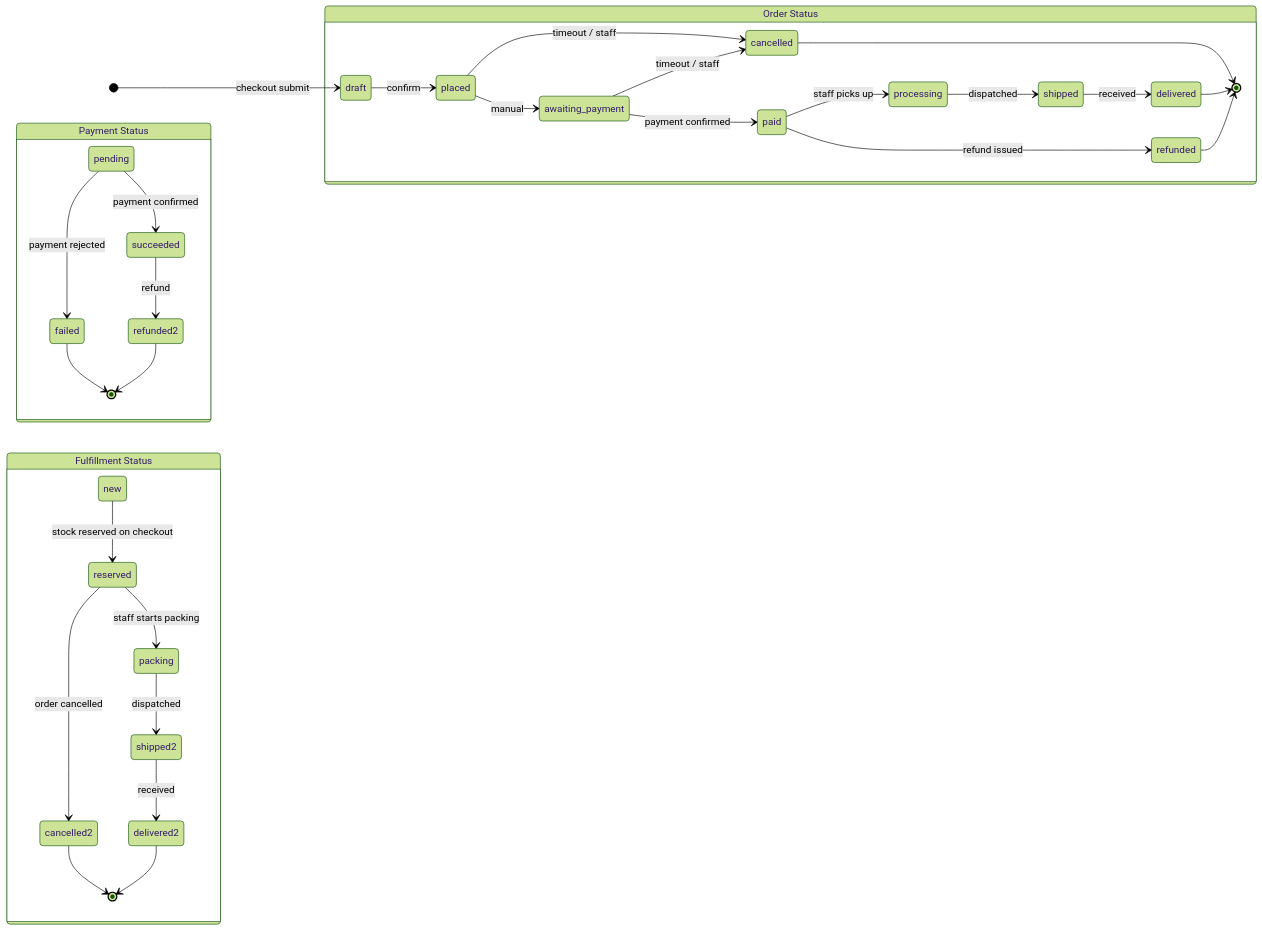
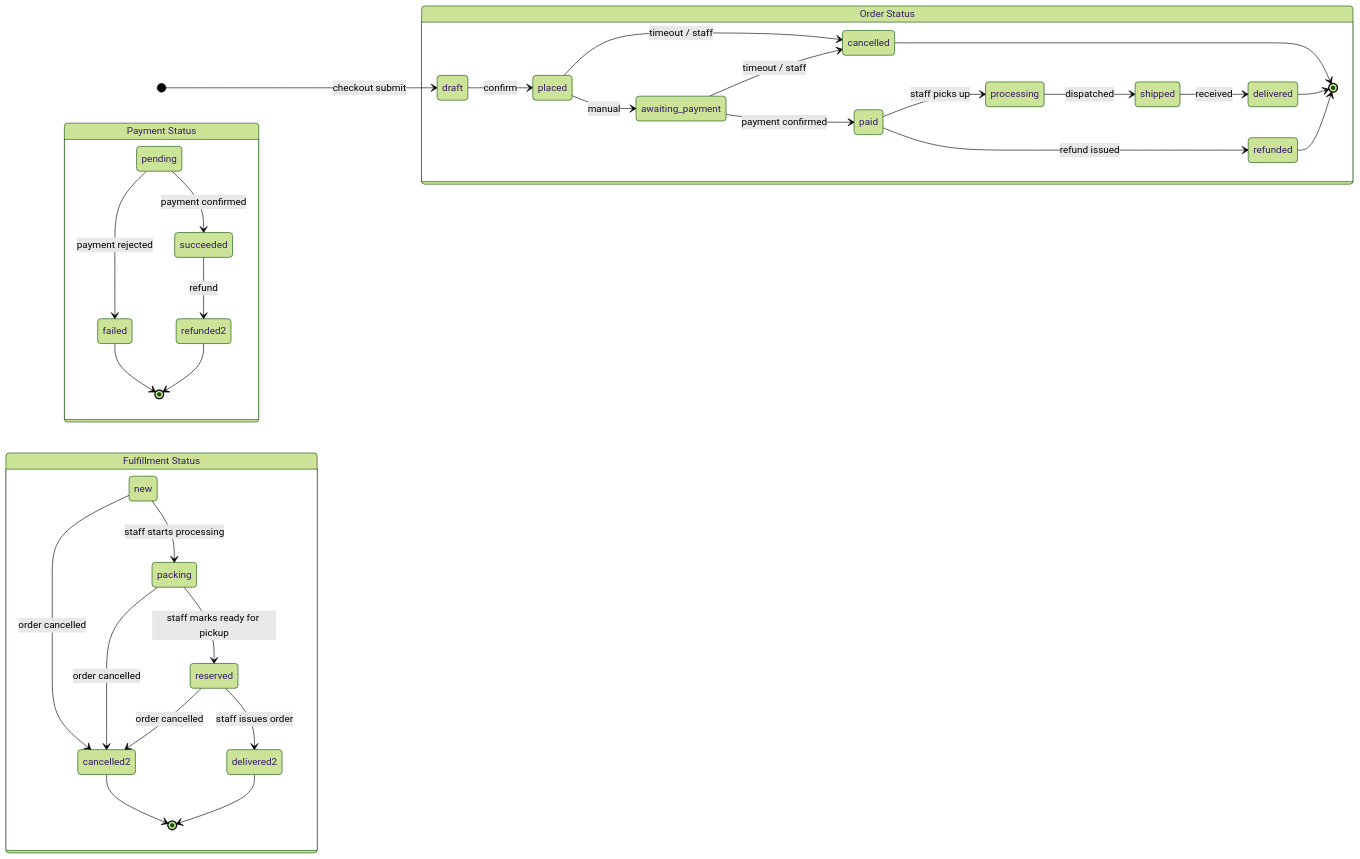
One commit to ViktorShadr/matchday_store changed the third of 5 diagrams in README.md. Above: the diagram before and after it, drawn with Mermaid (forest theme).

Commit message:
fix: correct fulfillment state diagram — RESERVED is set by staff ready action, not checkout

````diff
--- a/README.md
+++ b/README.md
@@ -217,39 +217,40 @@
 ```mermaid
 stateDiagram-v2
     direction LR
 
     [*] --> draft : checkout submit
 
     state "Order Status" as OS {
         draft --> placed : confirm
         placed --> awaiting_payment : manual
         awaiting_payment --> paid : payment confirmed
         paid --> processing : staff picks up
         processing --> shipped : dispatched
         shipped --> delivered : received
         placed --> cancelled : timeout / staff
         awaiting_payment --> cancelled : timeout / staff
         paid --> refunded : refund issued
         cancelled --> [*]
         delivered --> [*]
         refunded --> [*]
     }
 
     state "Payment Status" as PS {
         pending --> succeeded : payment confirmed
         pending --> failed : payment rejected
         succeeded --> refunded2 : refund
         failed --> [*]
         refunded2 --> [*]
     }
 
     state "Fulfillment Status" as FS {
-        new --> reserved : stock reserved on checkout
-        reserved --> packing : staff starts packing
-        packing --> shipped2 : dispatched
-        shipped2 --> delivered2 : received
+        new --> packing : staff starts processing
+        packing --> reserved : staff marks ready for pickup
+        reserved --> delivered2 : staff issues order
+        new --> cancelled2 : order cancelled
+        packing --> cancelled2 : order cancelled
         reserved --> cancelled2 : order cancelled
         cancelled2 --> [*]
         delivered2 --> [*]
     }
 ```
````
